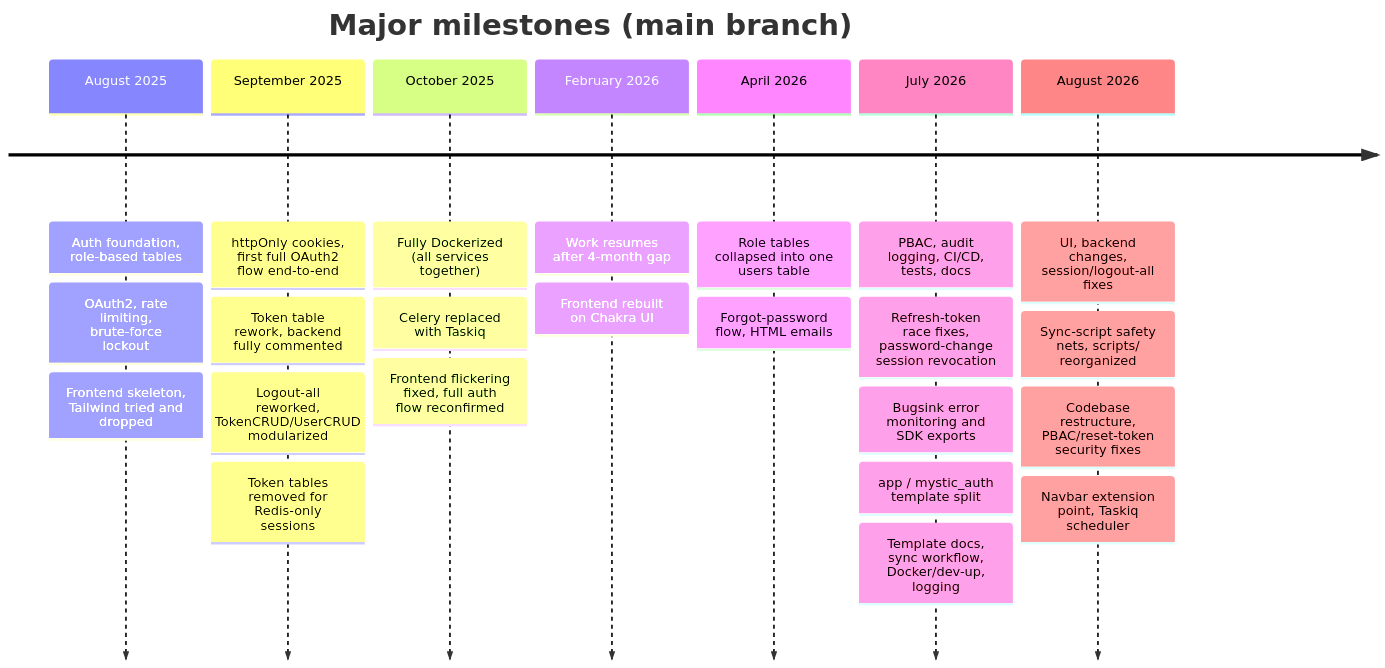
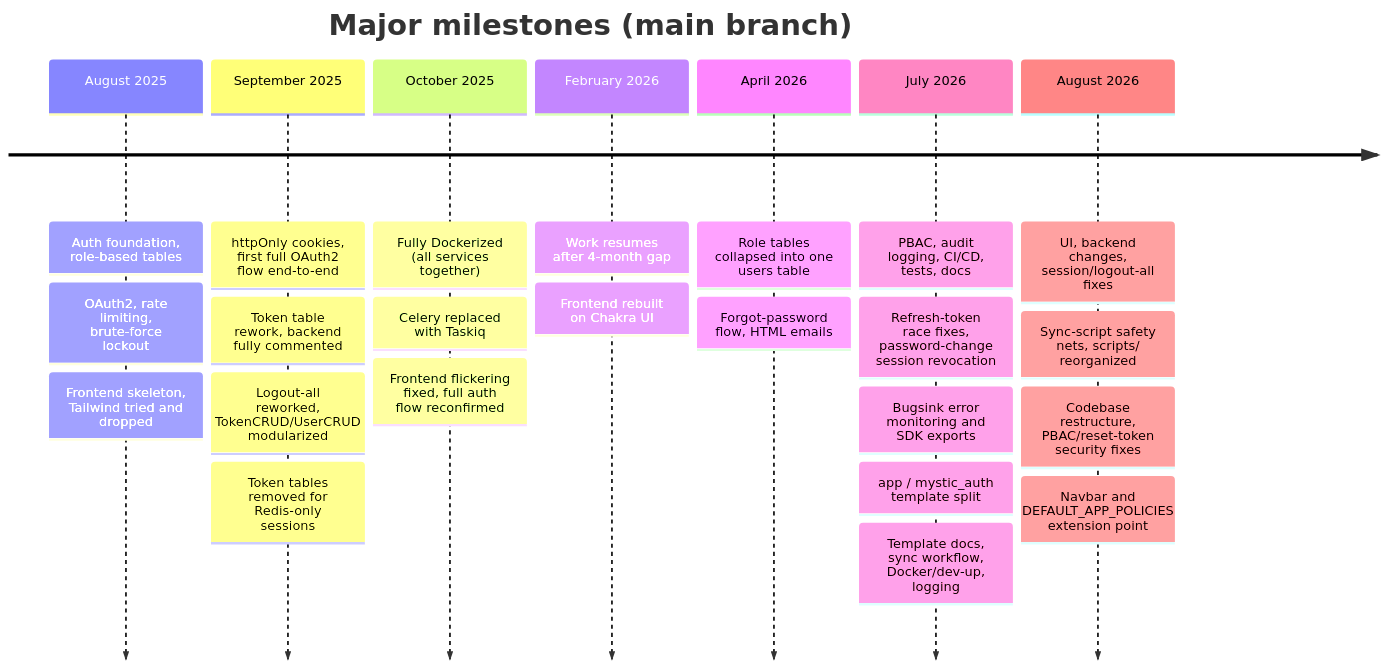
One commit to Nachiket-2024/mystic-auth changed the diagram in docs/mystic_auth/project-story/README.md. Above: the diagram before and after it, drawn with Mermaid. The commit also changed other lines of this file and 11 other files, not shown here.

Commit message:
Implemented DEFAULT_APP_POLICIES for downstream auto-grant

````diff
--- a/docs/mystic_auth/project-story/README.md
+++ b/docs/mystic_auth/project-story/README.md
@@ -37,27 +37,27 @@
 ```mermaid
 timeline
     title Major milestones (main branch)
     August 2025: Auth foundation, role-based tables
             : OAuth2, rate limiting, brute-force lockout
             : Frontend skeleton, Tailwind tried and dropped
     September 2025: httpOnly cookies, first full OAuth2 flow end-to-end
             : Token table rework, backend fully commented
             : Logout-all reworked, TokenCRUD/UserCRUD modularized
             : Token tables removed for Redis-only sessions
     October 2025: Fully Dockerized (all services together)
             : Celery replaced with Taskiq
             : Frontend flickering fixed, full auth flow reconfirmed
     February 2026: Work resumes after 4-month gap
             : Frontend rebuilt on Chakra UI
     April 2026: Role tables collapsed into one users table
             : Forgot-password flow, HTML emails
     July 2026: PBAC, audit logging, CI/CD, tests, docs
             : Refresh-token race fixes, password-change session revocation
             : Bugsink error monitoring and SDK exports
             : app / mystic_auth template split
             : Template docs, sync workflow, Docker/dev-up, logging
     August 2026: UI, backend changes, session/logout-all fixes
             : Sync-script safety nets, scripts/ reorganized
             : Codebase restructure, PBAC/reset-token security fixes
-            : Navbar extension point, Taskiq scheduler
+            : Navbar and DEFAULT_APP_POLICIES extension point
 ```
````
